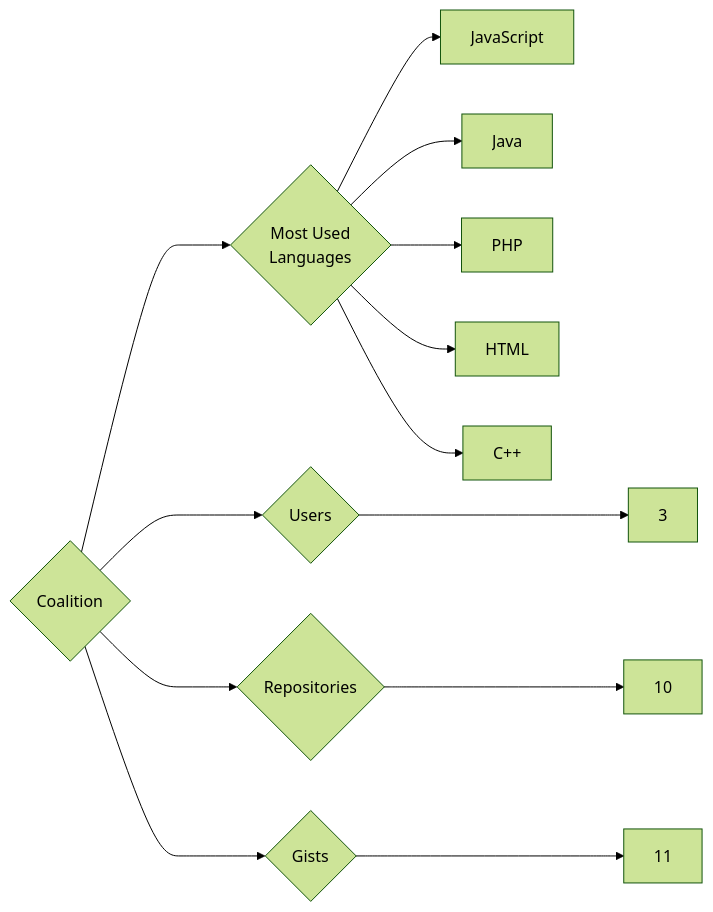
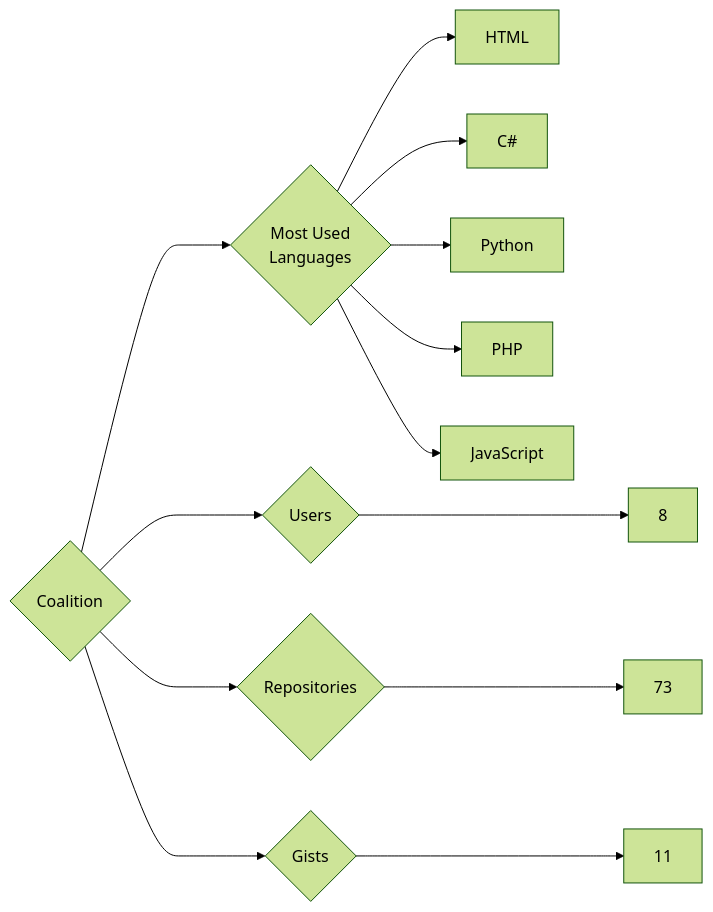
Before and after one commit to trickest/insiders: the diagram in targets/Coalition/README.md, drawn with Mermaid (forest theme). The commit also changed 699 other files, not shown here.

````diff
--- a/targets/Coalition/README.md
+++ b/targets/Coalition/README.md
@@ -3,13 +3,13 @@
 ```mermaid
 graph LR
 COMPANY_NAME{Coalition}
-COMPANY_NAME ---> U{Users} ---> UN[3]
-COMPANY_NAME ---> R{Repositories} ---> RN[10]
+COMPANY_NAME ---> U{Users} ---> UN[8]
+COMPANY_NAME ---> R{Repositories} ---> RN[73]
 COMPANY_NAME ---> G{Gists} ---> GN[11]
 COMPANY_NAME ---> ML{Most Used<br>Languages}
+ML --> HTML[HTML]
+ML --> C#[C#]
+ML --> Python[Python]
+ML --> PHP[PHP]
 ML --> JavaScript[JavaScript]
-ML --> Java[Java]
-ML --> PHP[PHP]
-ML --> HTML[HTML]
-ML --> C++[C++]
 ```
````
